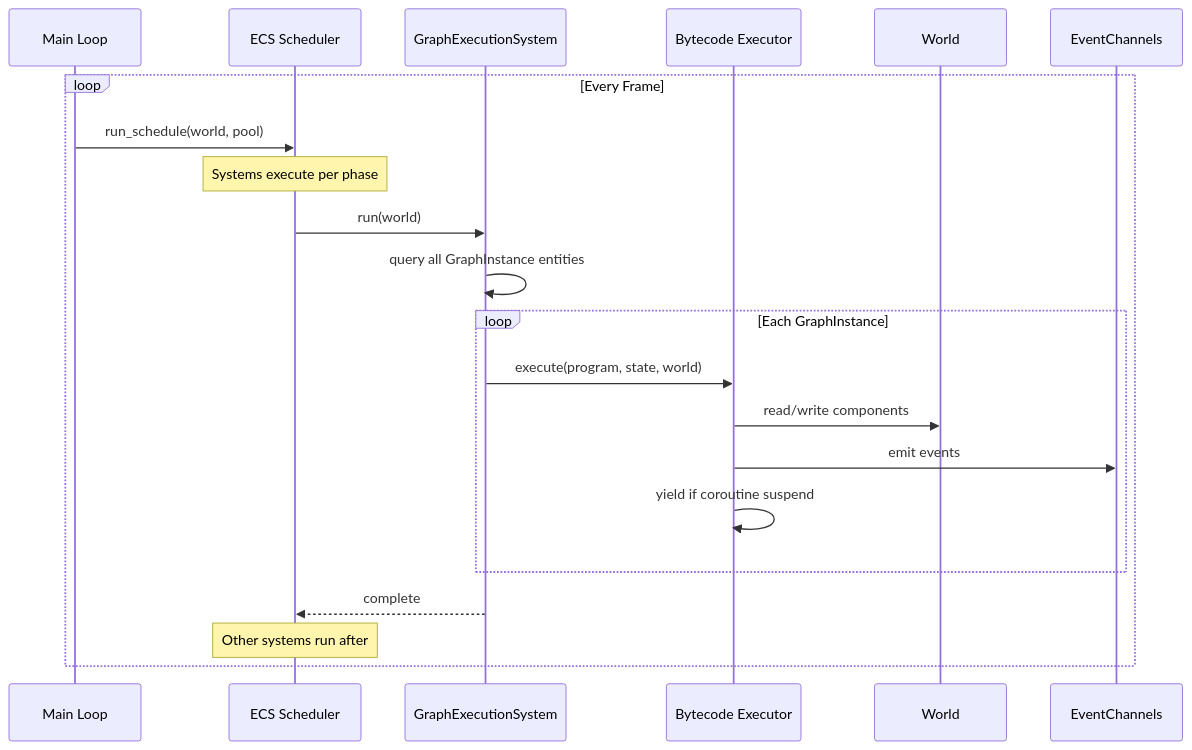
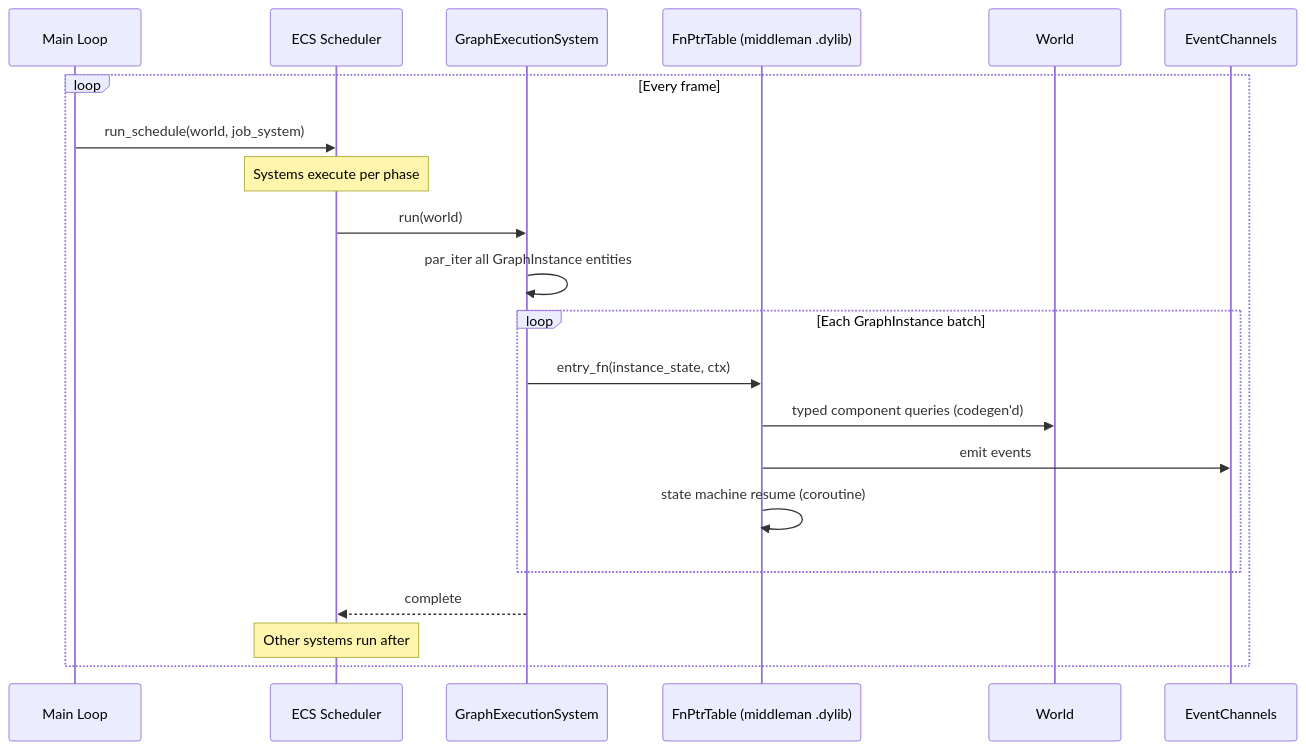
One commit to harmonius-dev/harmonius changed the third of 8 diagrams in docs/design/game-framework/scripting.md. Above: the diagram before and after it, drawn with Mermaid. The commit also changed other lines of this file and 174 other files, not shown here.

````diff
--- a/docs/design/game-framework/scripting.md
+++ b/docs/design/game-framework/scripting.md
@@ -189,26 +205,26 @@
 ```mermaid
 sequenceDiagram
     participant ML as Main Loop
     participant SC as ECS Scheduler
     participant GS as GraphExecutionSystem
-    participant VM as Bytecode Executor
+    participant FP as FnPtrTable (middleman .dylib)
     participant W as World
     participant EC as EventChannels
 
-    loop Every Frame
-        ML->>SC: run_schedule(world, pool)
+    loop Every frame
+        ML->>SC: run_schedule(world, job_system)
         Note over SC: Systems execute per phase
 
         SC->>GS: run(world)
-        GS->>GS: query all GraphInstance entities
-        loop Each GraphInstance
-            GS->>VM: execute(program, state, world)
-            VM->>W: read/write components
-            VM->>EC: emit events
-            VM->>VM: yield if coroutine suspend
+        GS->>GS: par_iter all GraphInstance entities
+        loop Each GraphInstance batch
+            GS->>FP: entry_fn(instance_state, ctx)
+            FP->>W: typed component queries (codegen'd)
+            FP->>EC: emit events
+            FP->>FP: state machine resume (coroutine)
         end
         GS-->>SC: complete
 
         Note over SC: Other systems run after
     end
 ```
````
